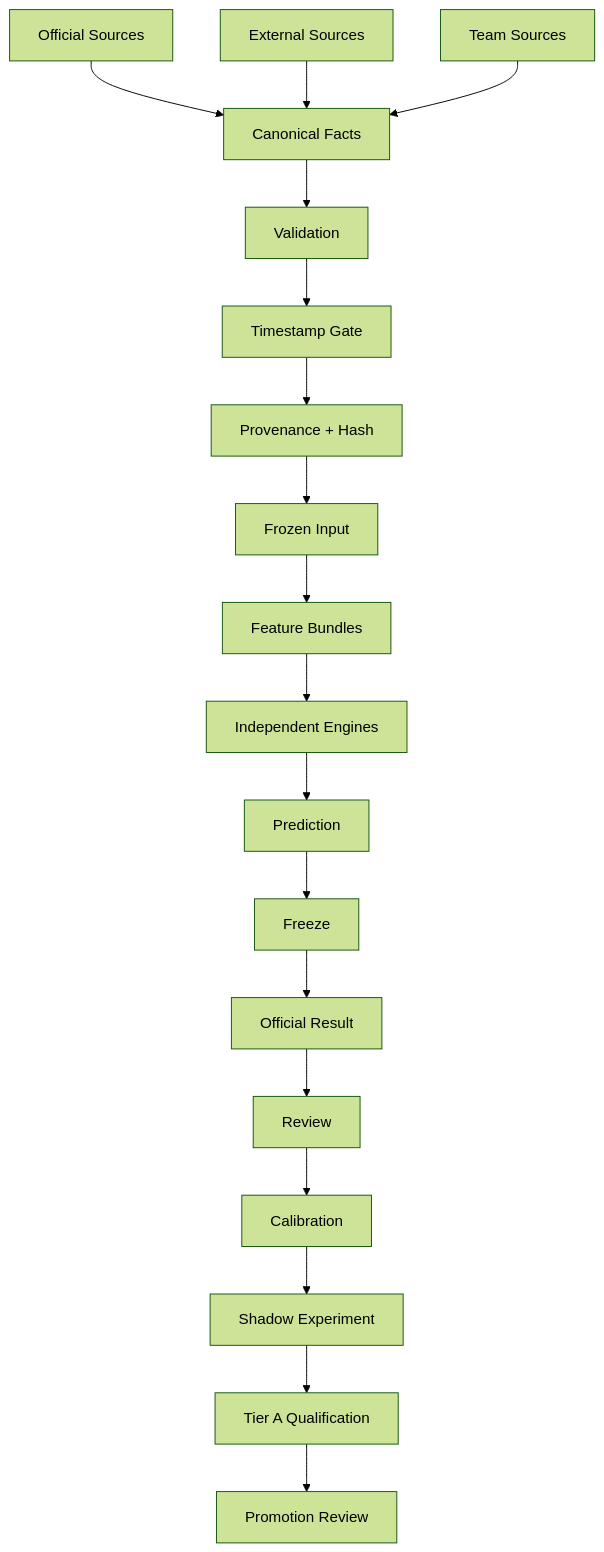
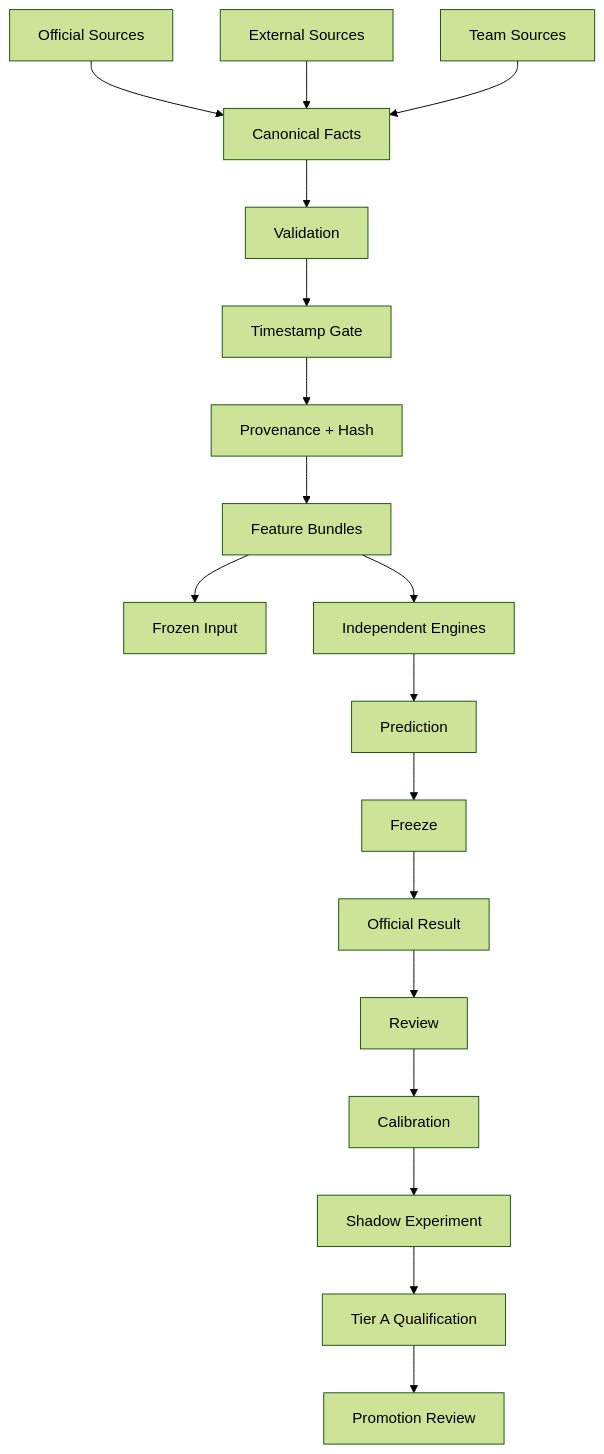
One commit to sxh147og09/jcfb-v4 changed the diagram in docs/V4_DATA_FLOW.md. Above: the diagram before and after it, drawn with Mermaid (forest theme). The commit also changed other lines of this file and 23 other files, not shown here.

````diff
--- a/docs/V4_DATA_FLOW.md
+++ b/docs/V4_DATA_FLOW.md
@@ -11,20 +11,20 @@
 ```mermaid
 flowchart TD
     OS["Official Sources"] --> CF["Canonical Facts"]
     XS["External Sources"] --> CF
     TS["Team Sources"] --> CF
     CF --> VAL["Validation"]
     VAL --> TG["Timestamp Gate"]
     TG --> PROV["Provenance + Hash"]
-    PROV --> FI["Frozen Input"]
-    FI --> FB["Feature Bundles"]
+    PROV --> FB["Feature Bundles"]
+    FB --> FI["Frozen Input"]
     FB --> ENG["Independent Engines"]
     ENG --> PRED["Prediction"]
     PRED --> FREEZE["Freeze"]
     FREEZE --> RESULT["Official Result"]
     RESULT --> REVIEW["Review"]
     REVIEW --> CAL["Calibration"]
     CAL --> SHADOW["Shadow Experiment"]
     SHADOW --> TIER["Tier A Qualification"]
     TIER --> PROMO["Promotion Review"]
 ```
````
